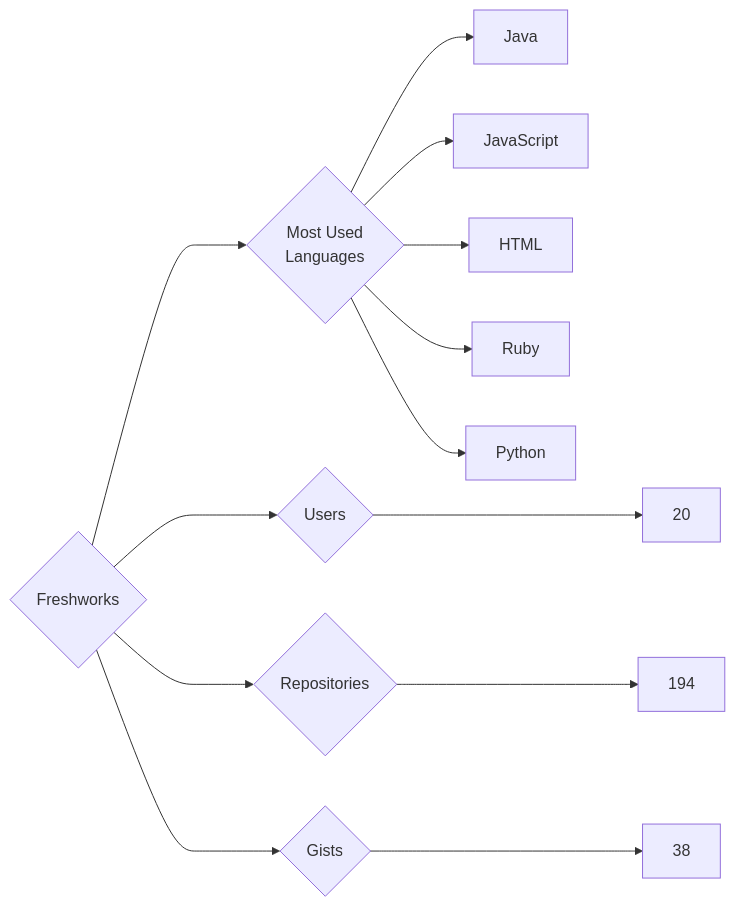
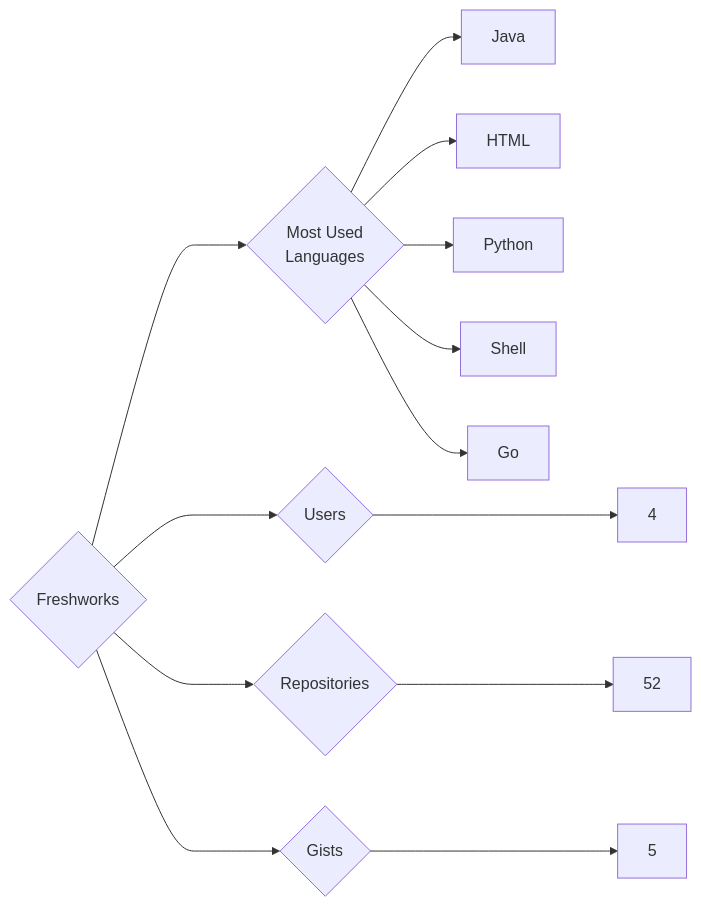
Before and after one commit to trickest/insiders: the diagram in targets/Freshworks/README.md, drawn with Mermaid. The commit also changed 930 other files, not shown here.

````diff
--- a/targets/Freshworks/README.md
+++ b/targets/Freshworks/README.md
@@ -3,13 +3,13 @@
 ```mermaid
 graph LR
 COMPANY_NAME{Freshworks}
-COMPANY_NAME ---> U{Users} ---> UN[20]
-COMPANY_NAME ---> R{Repositories} ---> RN[194]
-COMPANY_NAME ---> G{Gists} ---> GN[38]
+COMPANY_NAME ---> U{Users} ---> UN[4]
+COMPANY_NAME ---> R{Repositories} ---> RN[52]
+COMPANY_NAME ---> G{Gists} ---> GN[5]
 COMPANY_NAME ---> ML{Most Used<br>Languages}
 ML --> Java[Java]
-ML --> JavaScript[JavaScript]
 ML --> HTML[HTML]
-ML --> Ruby[Ruby]
 ML --> Python[Python]
+ML --> Shell[Shell]
+ML --> Go[Go]
 ```
````
